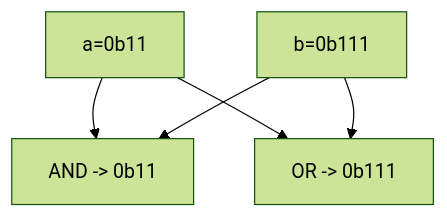
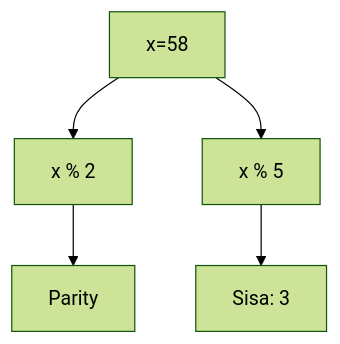
Before and after one commit to amnahwaida/OSNK_INF_PREP: diagram 20 of 25 in part-c-pemahaman-cpp/06-bitwise/latihan/set-05.md, drawn with Mermaid (forest theme). The commit also changed other lines of this file and 71 other files, not shown here.

````diff
--- a/part-c-pemahaman-cpp/06-bitwise/latihan/set-05.md
+++ b/part-c-pemahaman-cpp/06-bitwise/latihan/set-05.md
@@ -556,7 +604,7 @@
 ```mermaid
 graph TD
-    A["a=0b11"] --> C["AND -> 0b11"]
-    B["b=0b111"] --> C
-    A --> D["OR  -> 0b111"]
-    B --> D
+A[x=58] --> B[x % 2]
+B --> C[Parity]
+A --> D[x % 5]
+D --> E[Sisa: 3]
 ```
````
